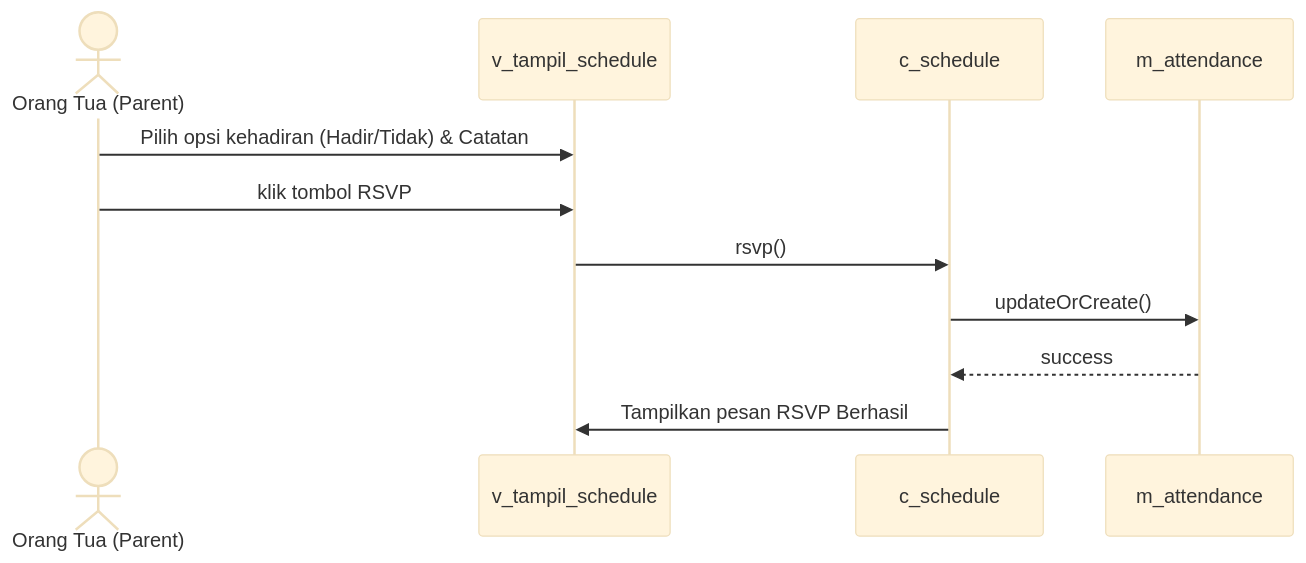
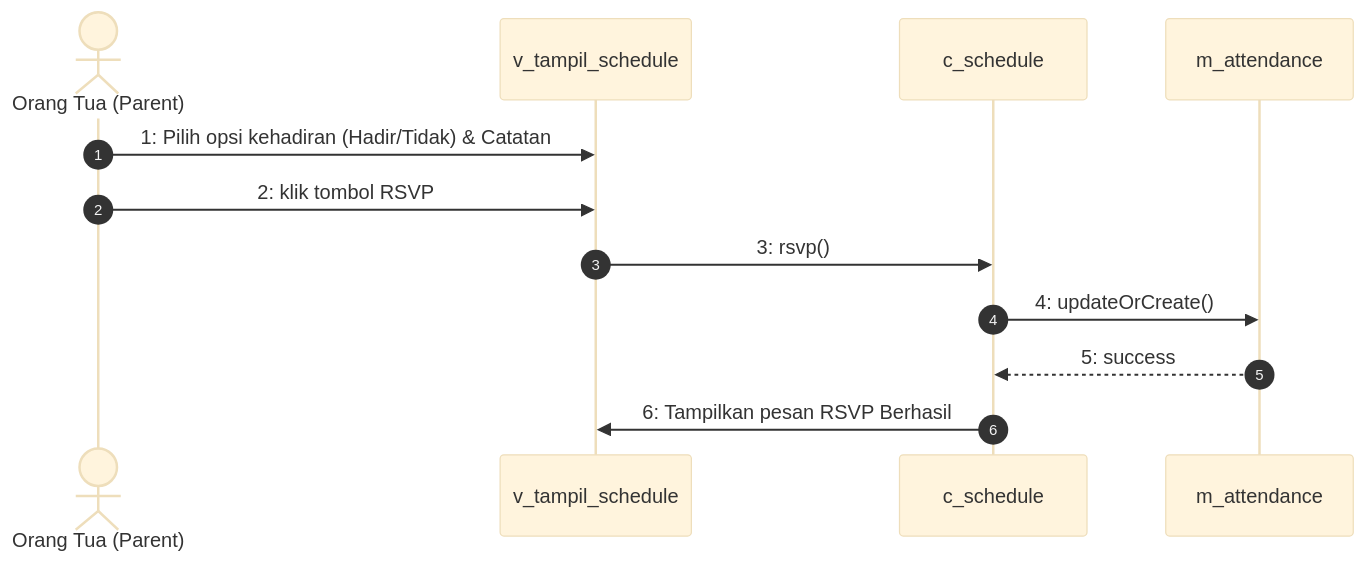
One commit to ahmadsanny2/posyandu-app changed diagram 13 of 16 in plan-diagram.md. Above: the diagram before and after it, drawn with Mermaid (base theme). The commit also changed other lines of this file, not shown here.

Commit message:
docs: add sequence diagram autonumbering and manual labels

````diff
--- a/plan-diagram.md
+++ b/plan-diagram.md
@@ -551,14 +557,15 @@
 ```mermaid
 sequenceDiagram
+    autonumber
     actor Parent as Orang Tua (Parent)
     participant Boundary as v_tampil_schedule
     participant Control as c_schedule
     participant Entity as m_attendance
 
-    Parent->>Boundary: Pilih opsi kehadiran (Hadir/Tidak) & Catatan
-    Parent->>Boundary: klik tombol RSVP
-    Boundary->>Control: rsvp()
-    Control->>Entity: updateOrCreate()
-    Entity-->>Control: success
-    Control->>Boundary: Tampilkan pesan RSVP Berhasil
+    Parent->>Boundary: 1: Pilih opsi kehadiran (Hadir/Tidak) & Catatan
+    Parent->>Boundary: 2: klik tombol RSVP
+    Boundary->>Control: 3: rsvp()
+    Control->>Entity: 4: updateOrCreate()
+    Entity-->>Control: 5: success
+    Control->>Boundary: 6: Tampilkan pesan RSVP Berhasil
 ```
````
